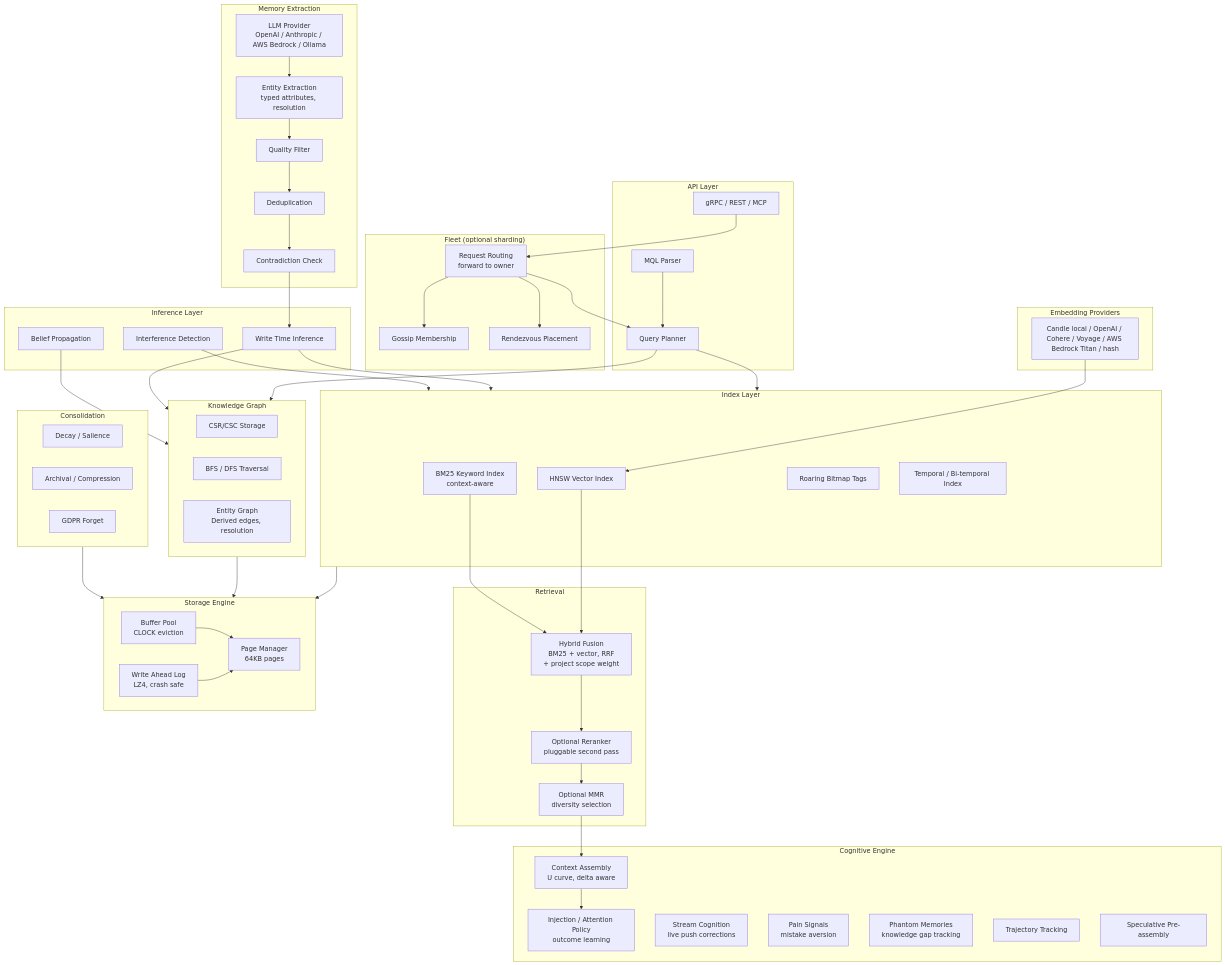
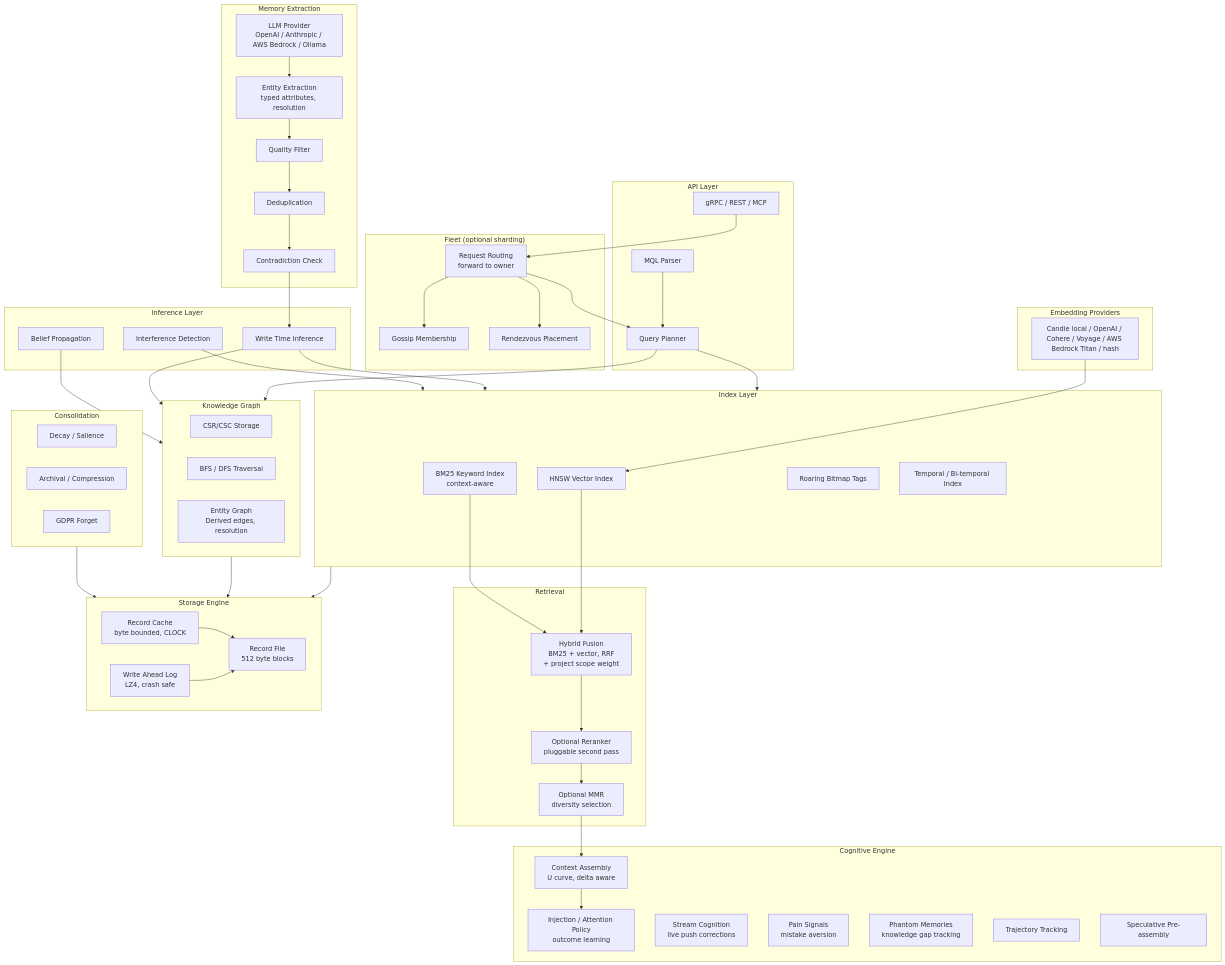
Before and after one commit to zqf20096327/dbhub_collect: the diagram in data/readmes/nambok__mentedb.md, drawn with Mermaid. The commit also changed other lines of this file and 525 other files, not shown here.

```diff
--- a/data/readmes/nambok__mentedb.md
+++ b/data/readmes/nambok__mentedb.md
@@ -443,9 +443,9 @@
     end
 
     subgraph Storage["Storage Engine"]
-        BUF["Buffer Pool<br/>CLOCK eviction"]
+        BUF["Record Cache<br/>byte bounded, CLOCK"]
         WAL["Write Ahead Log<br/>LZ4, crash safe"]
-        PAGE["Page Manager<br/>64KB pages"]
+        PAGE["Record File<br/>512 byte blocks"]
     end
 
     GRPC --> ROUTE
```
